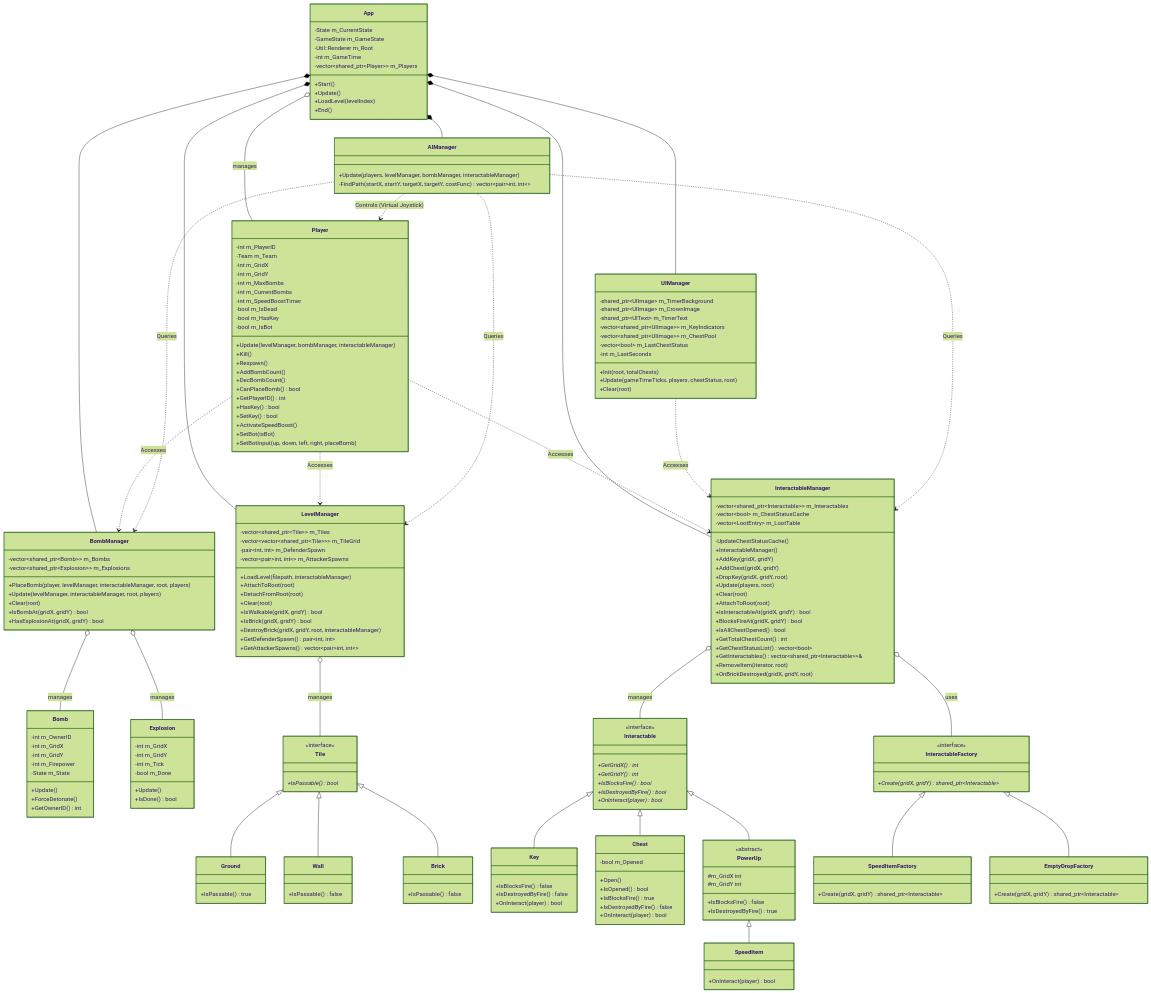
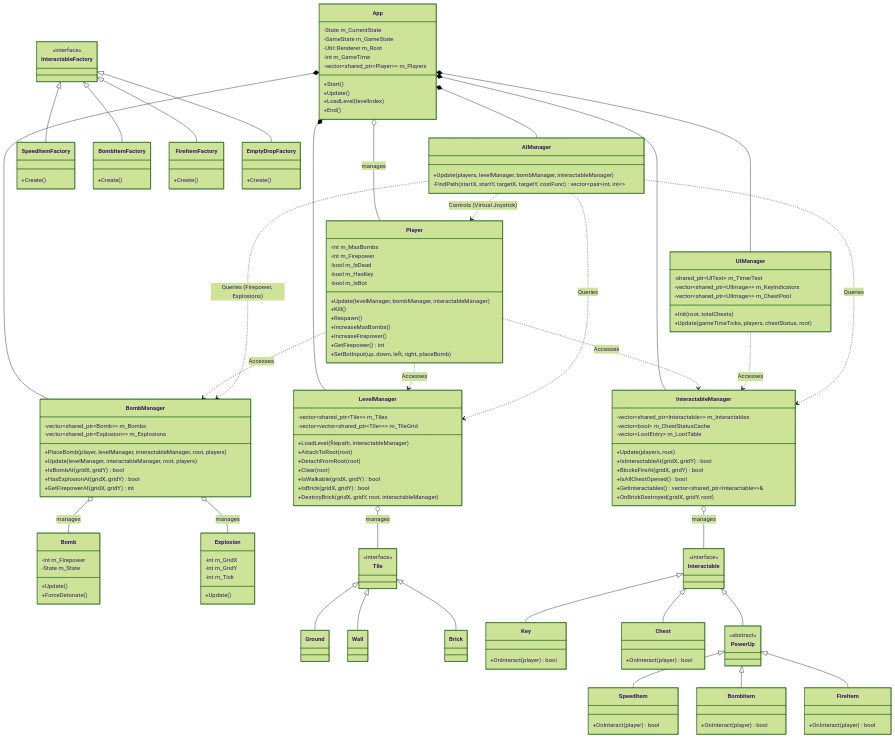
The second of 2 diagrams in Proposal.md (chingyen06/OOPL-Super-Bomberman), drawn with Mermaid (forest theme) before and after one commit. The commit also changed other lines of this file, not shown here.

Commit message:
docs: 更新 Proposal 道具相關說明

````diff
--- a/Proposal.md
+++ b/Proposal.md
@@ -205,7 +211,7 @@
 
     AIManager ..> Player : Controls (Virtual Joystick)
     AIManager ..> LevelManager : Queries
-    AIManager ..> BombManager : Queries
+    AIManager ..> BombManager : Queries (Firepower, Explosions)
     AIManager ..> InteractableManager : Queries
     
     BombManager o-- Bomb : manages
@@ -234,8 +240,6 @@
     class LevelManager {
         -vector~shared_ptr~Tile~~ m_Tiles
         -vector~vector~shared_ptr~Tile~~~ m_TileGrid
-        -pair~int, int~ m_DefenderSpawn
-        -vector~pair~int, int~~ m_AttackerSpawns
         +LoadLevel(filepath, interactableManager)
         +AttachToRoot(root)
         +DetachFromRoot(root)
@@ -243,8 +247,6 @@
         +IsWalkable(gridX, gridY) bool
         +IsBrick(gridX, gridY) bool
         +DestroyBrick(gridX, gridY, root, interactableManager)
-        +GetDefenderSpawn() pair~int, int~
-        +GetAttackerSpawns() vector~pair~int, int~~
     }
 
     class BombManager {
@@ -252,152 +254,90 @@
         -vector~shared_ptr~Explosion~~ m_Explosions
         +PlaceBomb(player, levelManager, interactableManager, root, players)
         +Update(levelManager, interactableManager, root, players)
-        +Clear(root)
         +IsBombAt(gridX, gridY) bool
         +HasExplosionAt(gridX, gridY) bool
+        +GetFirepowerAt(gridX, gridY) int
     }
 
     class InteractableManager {
         -vector~shared_ptr~Interactable~~ m_Interactables
         -vector~bool~ m_ChestStatusCache
         -vector~LootEntry~ m_LootTable
-        -UpdateChestStatusCache()
-        +InteractableManager()
-        +AddKey(gridX, gridY)
-        +AddChest(gridX, gridY)
-        +DropKey(gridX, gridY, root)
         +Update(players, root)
-        +Clear(root)
-        +AttachToRoot(root)
         +IsInteractableAt(gridX, gridY) bool
         +BlocksFireAt(gridX, gridY) bool
         +IsAllChestOpened() bool
-        +GetTotalChestCount() int
-        +GetChestStatusList() vector~bool~
         +GetInteractables() vector~shared_ptr~Interactable~~&
-        +RemoveItem(iterator, root)
         +OnBrickDestroyed(gridX, gridY, root)
     }
 
     class UIManager {
-        -shared_ptr~UIImage~ m_TimerBackground
-        -shared_ptr~UIImage~ m_CrownImage
         -shared_ptr~UIText~ m_TimerText
         -vector~shared_ptr~UIImage~~ m_KeyIndicators
         -vector~shared_ptr~UIImage~~ m_ChestPool
-        -vector~bool~ m_LastChestStatus
-        -int m_LastSeconds
         +Init(root, totalChests)
         +Update(gameTimeTicks, players, chestStatus, root)
-        +Clear(root)
     }
 
     %% --- 實體層 (Entities) ---
     class Player {
-        -int m_PlayerID
-        -Team m_Team
-        -int m_GridX
-        -int m_GridY
         -int m_MaxBombs
-        -int m_CurrentBombs
-        -int m_SpeedBoostTimer
+        -int m_Firepower
         -bool m_IsDead
         -bool m_HasKey
         -bool m_IsBot
         +Update(levelManager, bombManager, interactableManager)
         +Kill()
         +Respawn()
-        +AddBombCount()
-        +DecBombCount()
-        +CanPlaceBomb() bool
-        +GetPlayerID() int
-        +HasKey() bool
-        +SetKey() bool
-        +ActivateSpeedBoost()
-        +SetBot(isBot)
+        +IncreaseMaxBombs()
+        +IncreaseFirepower()
+        +GetFirepower() int
         +SetBotInput(up, down, left, right, placeBomb)
     }
 
     class Bomb {
-        -int m_OwnerID
-        -int m_GridX
-        -int m_GridY
         -int m_Firepower
         -State m_State
         +Update()
         +ForceDetonate()
-        +GetOwnerID() int
     }
     
     class Explosion {
         -int m_GridX
         -int m_GridY
         -int m_Tick
-        -bool m_Done
         +Update()
-        +IsDone() bool
     }
 
     %% --- 多型繼承樹與工廠模式 ---
-    class Tile {
-        <<interface>>
-        +IsPassable()* bool
-    }
-    class Ground { +IsPassable() true }
-    class Wall { +IsPassable() false }
-    class Brick { +IsPassable() false }
+    class Tile { <<interface>> }
     Tile <|-- Ground
     Tile <|-- Wall
     Tile <|-- Brick
 
-    class Interactable {
-        <<interface>>
-        +GetGridX()* int
-        +GetGridY()* int
-        +IsBlocksFire()* bool
-        +IsDestroyedByFire()* bool
-        +OnInteract(player)* bool
-    }
-    class Key {
-        +IsBlocksFire() false
-        +IsDestroyedByFire() false
-        +OnInteract(player) bool
-    }
-    class Chest {
-        -bool m_Opened
-        +Open()
-        +IsOpened() bool
-        +IsBlocksFire() true
-        +IsDestroyedByFire() false
-        +OnInteract(player) bool
-    }
-    class PowerUp {
-        <<abstract>>
-        #m_GridX int
-        #m_GridY int
-        +IsBlocksFire() false
-        +IsDestroyedByFire() true
-    }
-    class SpeedItem {
-        +OnInteract(player) bool
-    }
+    class Interactable { <<interface>> }
+    class Key { +OnInteract(player) bool }
+    class Chest { +OnInteract(player) bool }
+    class PowerUp { <<abstract>> }
+    class SpeedItem { +OnInteract(player) bool }
+    class BombItem { +OnInteract(player) bool }
+    class FireItem { +OnInteract(player) bool }
+    
     Interactable <|-- Key
     Interactable <|-- Chest
     Interactable <|-- PowerUp
     PowerUp <|-- SpeedItem
+    PowerUp <|-- BombItem
+    PowerUp <|-- FireItem
 
-    class InteractableFactory {
-        <<interface>>
-        +Create(gridX, gridY)* shared_ptr~Interactable~
-    }
-    class SpeedItemFactory {
-        +Create(gridX, gridY) shared_ptr~Interactable~
-    }
-    class EmptyDropFactory {
-        +Create(gridX, gridY) shared_ptr~Interactable~
-    }
+    class InteractableFactory { <<interface>> }
+    class SpeedItemFactory { +Create() }
+    class BombItemFactory { +Create() }
+    class FireItemFactory { +Create() }
+    class EmptyDropFactory { +Create() }
+    
     InteractableFactory <|-- SpeedItemFactory
+    InteractableFactory <|-- BombItemFactory
+    InteractableFactory <|-- FireItemFactory
     InteractableFactory <|-- EmptyDropFactory
-    
-    InteractableManager o-- InteractableFactory : uses
 ```
````
